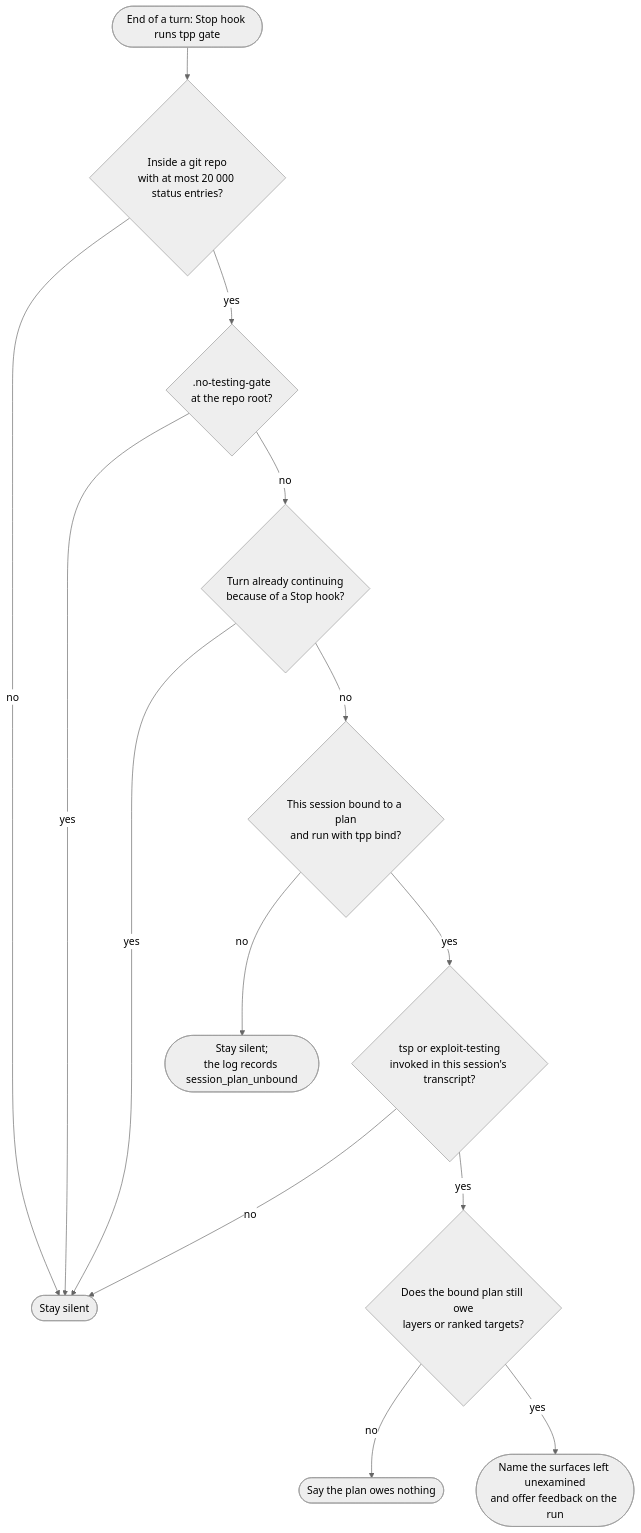
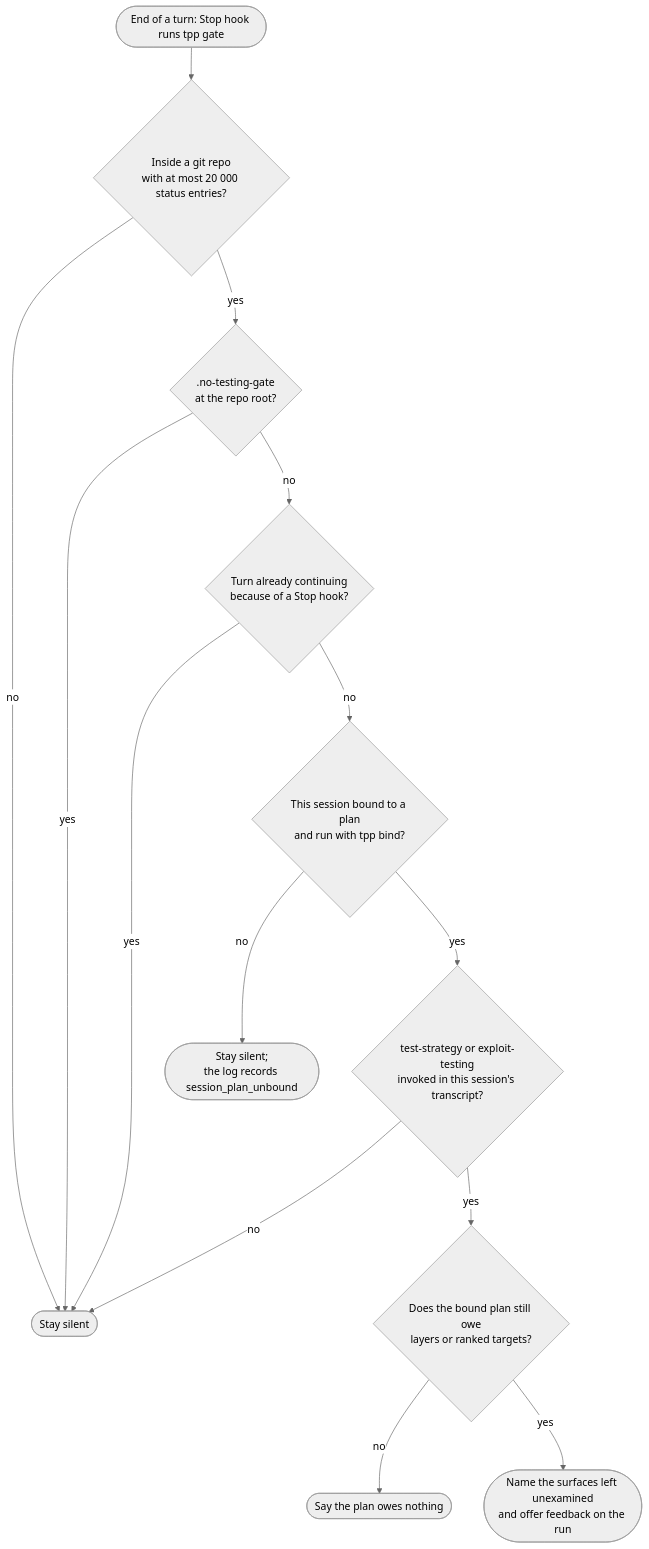
One commit to alesierraalta/tpp changed the second of 4 diagrams in README.md. Above: the diagram before and after it, drawn with Mermaid (neutral theme). The commit also changed other lines of this file and 90 other files, not shown here.

Commit message:
fix(skills): restore test-strategy identity and discovery triggers

````diff
--- a/README.md
+++ b/README.md
@@ -49,16 +49,16 @@
 ```mermaid
 flowchart TD
     stop([End of a turn: Stop hook runs tpp gate]) --> repo{Inside a git repo<br/>with at most 20 000 status entries?}
     repo -- no --> quiet([Stay silent])
     repo -- yes --> optout{.no-testing-gate<br/>at the repo root?}
     optout -- yes --> quiet
     optout -- no --> loop{Turn already continuing<br/>because of a Stop hook?}
     loop -- yes --> quiet
     loop -- no --> bound{This session bound to a plan<br/>and run with tpp bind?}
     bound -- no --> unbound([Stay silent;<br/>the log records session_plan_unbound])
-    bound -- yes --> ran{tsp or exploit-testing<br/>invoked in this session's transcript?}
+    bound -- yes --> ran{test-strategy or exploit-testing<br/>invoked in this session's transcript?}
     ran -- no --> quiet
     ran -- yes --> owed{Does the bound plan still owe<br/>layers or ranked targets?}
     owed -- no --> done([Say the plan owes nothing])
     owed -- yes --> ask2([Name the surfaces left unexamined<br/>and offer feedback on the run])
 ```
````
